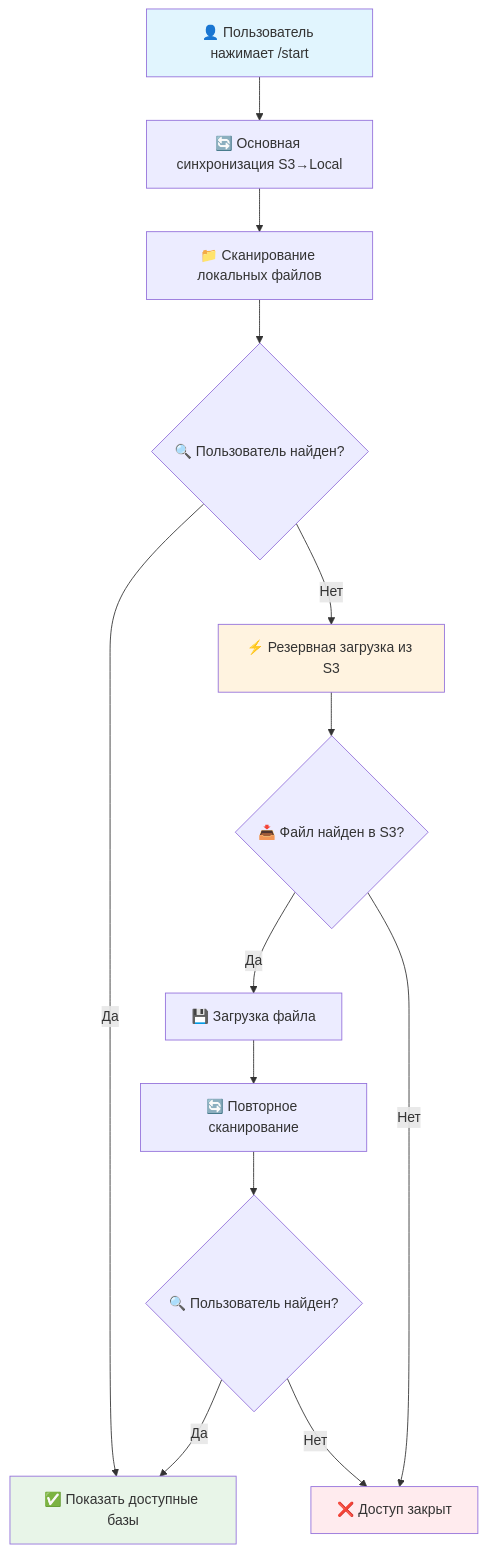
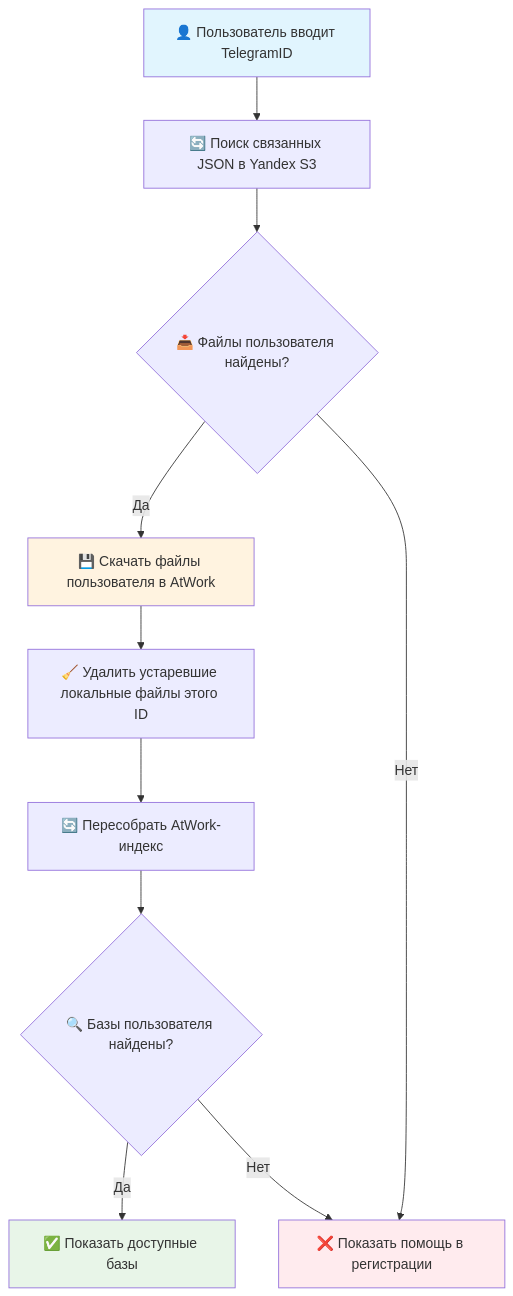
The diagram in docs/Auth.md (Mikhail-068/Bitrix-Tires), drawn with Mermaid before and after one commit. The commit also changed other lines of this file and 12 other files, not shown here.

````diff
--- a/docs/Auth.md
+++ b/docs/Auth.md
@@ -185,23 +165,18 @@
 ```mermaid
 flowchart TD
-    A[👤 Пользователь нажимает /start] --> B[🔄 Основная синхронизация S3→Local]
-    B --> C[📁 Сканирование локальных файлов]
-    C --> D{🔍 Пользователь найден?}
+    A[👤 Пользователь вводит TelegramID] --> B[🔄 Поиск связанных JSON в Yandex S3]
+    B --> C{📥 Файлы пользователя найдены?}
+    C -->|Да| D[💾 Скачать файлы пользователя в AtWork]
+    C -->|Нет| H[❌ Показать помощь в регистрации]
+    D --> E[🧹 Удалить устаревшие локальные файлы этого ID]
+    E --> F[🔄 Пересобрать AtWork-индекс]
+    F --> G{🔍 Базы пользователя найдены?}
     
-    D -->|Да| E[✅ Показать доступные базы]
-    D -->|Нет| F[⚡ Резервная загрузка из S3]
-    
-    F --> G{📥 Файл найден в S3?}
-    G -->|Да| H[💾 Загрузка файла]
-    H --> I[🔄 Повторное сканирование]
-    I --> J{🔍 Пользователь найден?}
-    J -->|Да| E
-    J -->|Нет| K[❌ Доступ закрыт]
-    
-    G -->|Нет| K
+    G -->|Да| I[✅ Показать доступные базы]
+    G -->|Нет| H
     
     style A fill:#e1f5fe
-    style E fill:#e8f5e8
-    style K fill:#ffebee
-    style F fill:#fff3e0
+    style I fill:#e8f5e8
+    style H fill:#ffebee
+    style D fill:#fff3e0
 ```
````
